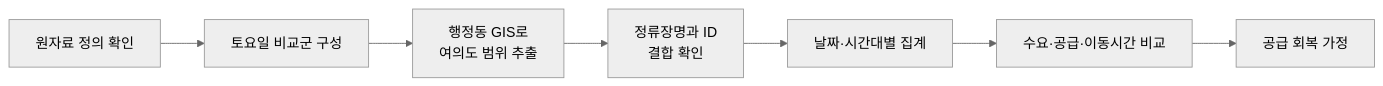
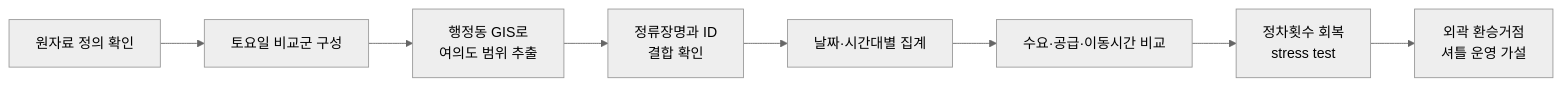
The diagram in README.md (yoon-chan-hyeok/yeouido-festival-mobility-analysis), drawn with Mermaid (neutral theme) before and after one commit. The commit also changed other lines of this file and 5 other files, not shown here.

````diff
--- a/README.md
+++ b/README.md
@@ -56,9 +58,10 @@
 ```mermaid
 flowchart LR
     A["원자료 정의 확인"] --> B["토요일 비교군 구성"]
     B --> C["행정동 GIS로<br/>여의도 범위 추출"]
     C --> D["정류장명과 ID<br/>결합 확인"]
     D --> E["날짜·시간대별 집계"]
     E --> F["수요·공급·이동시간 비교"]
-    F --> G["공급 회복 가정"]
+    F --> G["정차횟수 회복<br/>stress test"]
+    G --> H["외곽 환승거점<br/>셔틀 운영 가설"]
 ```
````
